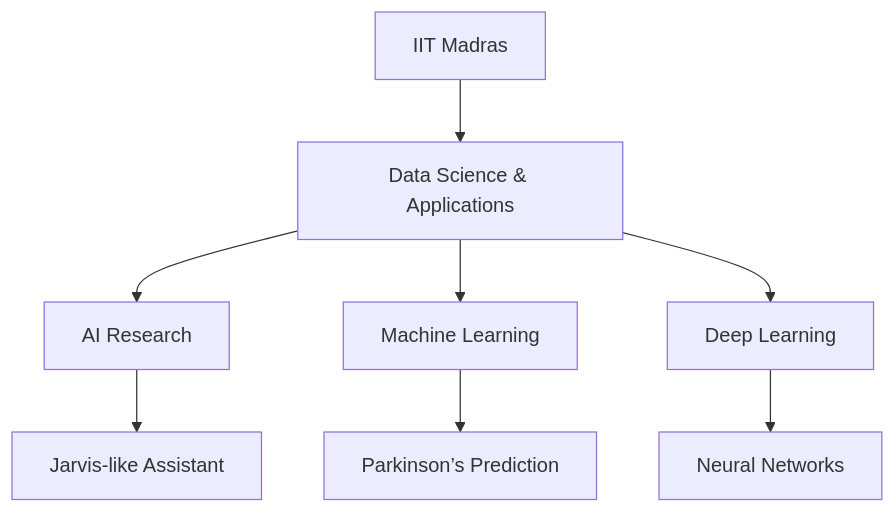
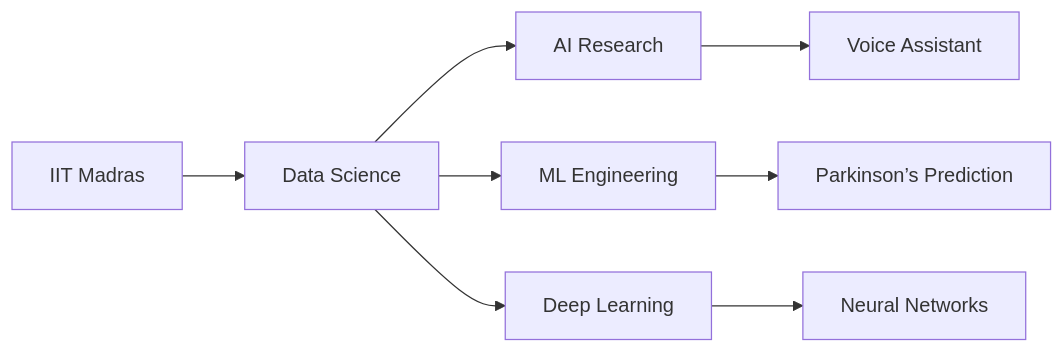
Before and after one commit to shiva-yadav-ds/shiva-yadav-ds: the diagram in README.md, drawn with Mermaid. The commit also changed other lines of this file, not shown here.

````diff
--- a/README.md
+++ b/README.md
@@ -44,10 +36,10 @@
 ```mermaid
-graph TD
-    A[IIT Madras] --> B[Data Science & Applications]
+graph LR
+    A[IIT Madras] --> B[Data Science]
     B --> C[AI Research]
-    B --> D[Machine Learning]
+    B --> D[ML Engineering]
     B --> E[Deep Learning]
-    C --> F[Jarvis-like Assistant]
+    C --> F[Voice Assistant]
     D --> G[Parkinson’s Prediction]
     E --> H[Neural Networks]
 ```
````
